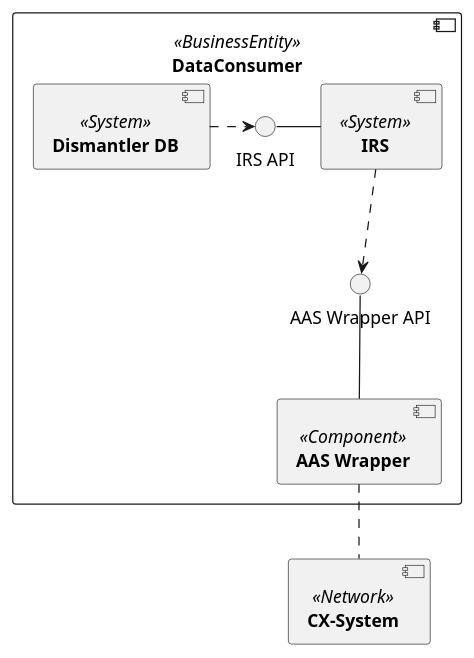
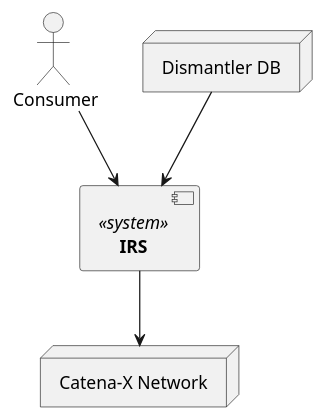
The diagram in uml-diagramms/business-context.puml (eclipse-tractusx/item-relationship-service), drawn with PlantUML before and after one commit.

Commit message:
feat(docs):[TRI-490] Add PlantUML for Business Context

```diff
--- a/uml-diagramms/business-context.puml
+++ b/uml-diagramms/business-context.puml
@@ -1,23 +1,14 @@
 @startuml 
 skinparam monochrome true
 skinparam shadowing false
 
-component [**DataConsumer**] <<BusinessEntity>> as DC {
-component [**Dismantler DB**] <<System>> as CE
-component [**IRS**] <<System>> as IRS   
-component [**AAS Wrapper**] <<Component>> as AASW
-interface "IRS API" as IAPI
-interface "AAS Wrapper API" as AASA
 
-}
+actor " Consumer" as CON
+node "Dismantler DB"  as CE
+component [**IRS**] <<system>> as IRS
+node "Catena-X Network" as CX
 
-component [**CX-System**] <<Network>> as CX
-
-CE .> IAPI
-IAPI - IRS
-IRS ..> AASA
-AASA -- AASW
-AASW .. CX
-
- 
+CE --> IRS
+CON --> IRS
+IRS --> CX
 @enduml
```
